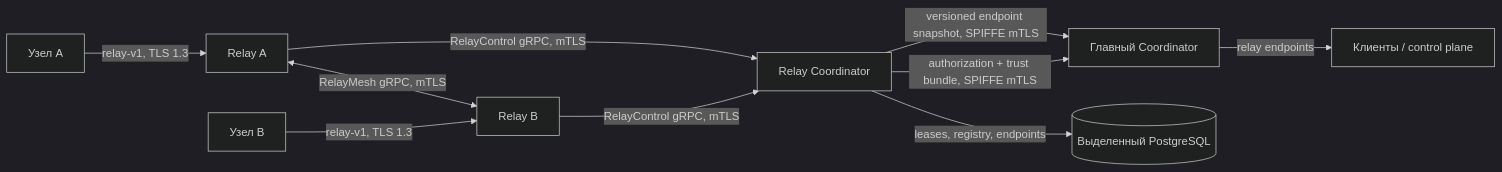
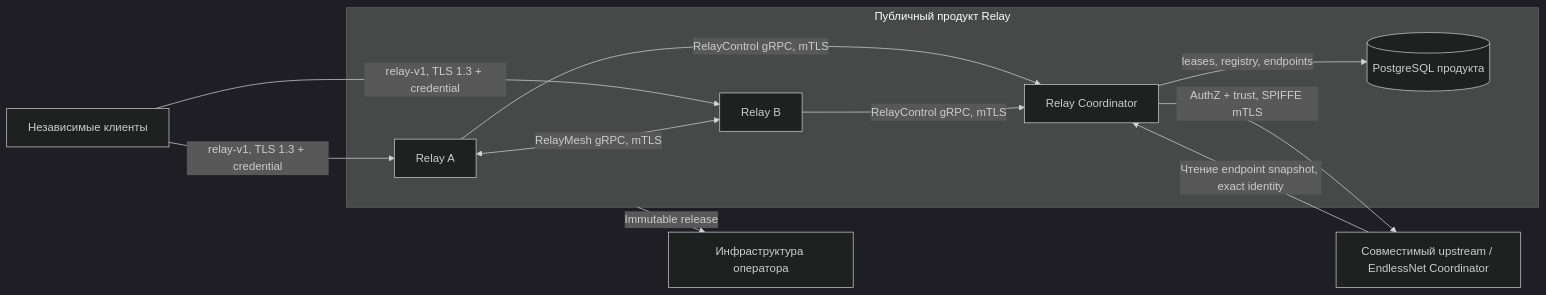
Before and after one commit to endless-net/relay: the first of 2 diagrams in docs/architecture.md, drawn with Mermaid (dark theme). The commit also changed other lines of this file and 3 other files, not shown here.

Commit message:
docs: align product architecture and operator release ownership

````diff
--- a/docs/architecture.md
+++ b/docs/architecture.md
@@ -32,12 +35,14 @@
 ```mermaid
 flowchart LR
-    A["Узел A"] -->|"relay-v1, TLS 1.3"| RA["Relay A"]
-    B["Узел B"] -->|"relay-v1, TLS 1.3"| RB["Relay B"]
-    RA <-->|"RelayMesh gRPC, mTLS"| RB
-    RA -->|"RelayControl gRPC, mTLS"| RC["Relay Coordinator"]
-    RB -->|"RelayControl gRPC, mTLS"| RC
-    RC -->|"leases, registry, endpoints"| PG[("Выделенный PostgreSQL")]
-    RC -->|"authorization + trust bundle, SPIFFE mTLS"| MC["Главный Coordinator"]
-    RC -->|"versioned endpoint snapshot, SPIFFE mTLS"| MC
-    MC -->|"relay endpoints"| Clients["Клиенты / control plane"]
+    A["Независимые клиенты"] -->|"relay-v1, TLS 1.3 + credential"| RA
+    A -->|"relay-v1, TLS 1.3 + credential"| RB
+    subgraph Product["Публичный продукт Relay"]
+      RA["Relay A"] <-->|"RelayMesh gRPC, mTLS"| RB["Relay B"]
+      RA -->|"RelayControl gRPC, mTLS"| RC["Relay Coordinator"]
+      RB -->|"RelayControl gRPC, mTLS"| RC
+      RC -->|"leases, registry, endpoints"| PG[("PostgreSQL продукта")]
+    end
+    RC -->|"AuthZ + trust, SPIFFE mTLS"| MC["Совместимый upstream / EndlessNet Coordinator"]
+    MC -->|"Чтение endpoint snapshot, exact identity"| RC
+    Product -->|"Immutable release"| Infra["Инфраструктура оператора"]
 ```
````
